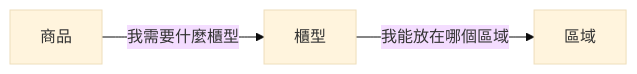
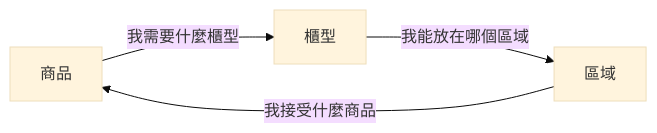
One commit to qadk/qadk.github.io changed the first of 2 diagrams in content/posts/2026-02-20-self-describing-modules.md. Above: the diagram before and after it, drawn with Mermaid (base theme).

Commit message:
Add zone-to-product relationship in concept diagram

````diff
--- a/content/posts/2026-02-20-self-describing-modules.md
+++ b/content/posts/2026-02-20-self-describing-modules.md
@@ -17,5 +17,6 @@
 ```mermaid
 graph LR
     P[商品] -->|我需要什麼櫃型| S[櫃型]
     S -->|我能放在哪個區域| Z[區域]
+    Z -->|我接受什麼商品| P
 ```
````
